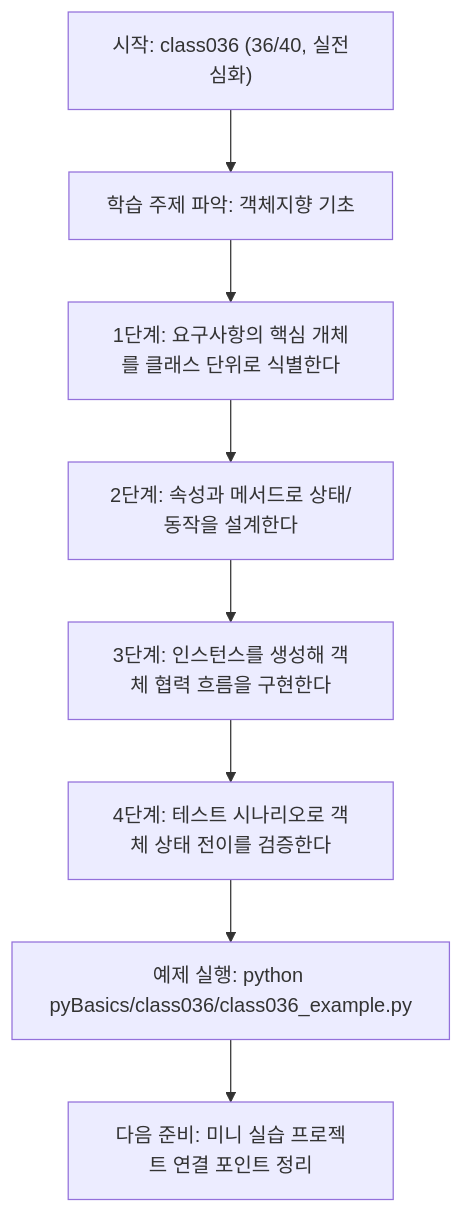
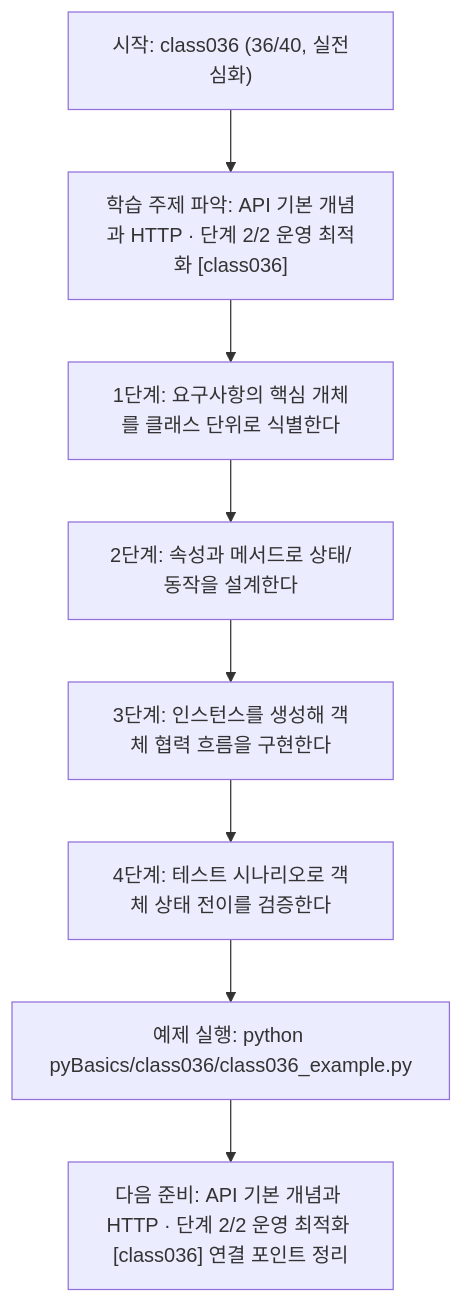
The diagram in pyBasics/class036/class036.md (edumgt/Python-AI_Agent-Class), drawn with Mermaid before and after one commit. The commit also changed other lines of this file and 522 other files, not shown here.

````diff
--- a/pyBasics/class036/class036.md
+++ b/pyBasics/class036/class036.md
@@ -108,18 +108,18 @@
 ```mermaid
 flowchart TD
 N1["시작: class036 (36/40, 실전심화)"]
-N2["학습 주제 파악: 객체지향 기초"]
+N2["학습 주제 파악: API 기본 개념과 HTTP · 단계 2/2 운영 최적화 [class036]"]
 N3["1단계: 요구사항의 핵심 개체를 클래스 단위로 식별한다"]
 N4["2단계: 속성과 메서드로 상태/동작을 설계한다"]
 N5["3단계: 인스턴스를 생성해 객체 협력 흐름을 구현한다"]
 N6["4단계: 테스트 시나리오로 객체 상태 전이를 검증한다"]
 N7["예제 실행: python pyBasics/class036/class036_example.py"]
-N8["다음 준비: 미니 실습 프로젝트 연결 포인트 정리"]
+N8["다음 준비: API 기본 개념과 HTTP · 단계 2/2 운영 최적화 [class036] 연결 포인트 정리"]
 N1 --> N2
 N2 --> N3
 N3 --> N4
 N4 --> N5
 N5 --> N6
 N6 --> N7
 N7 --> N8
 ```
````
